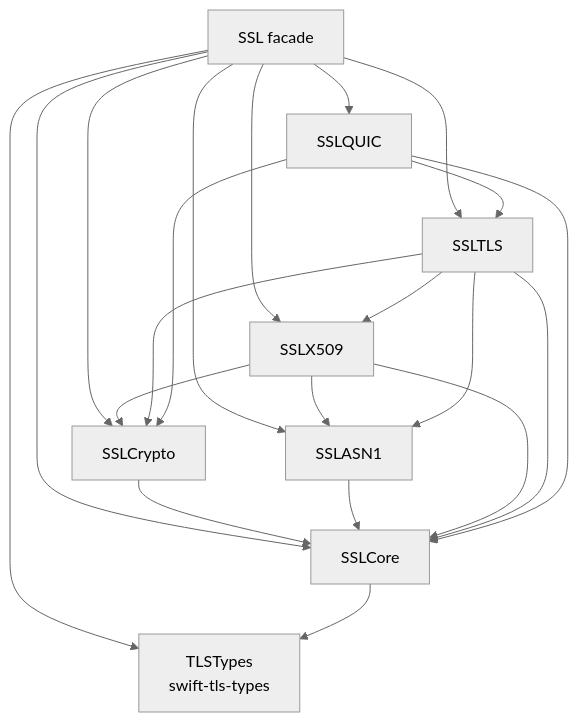
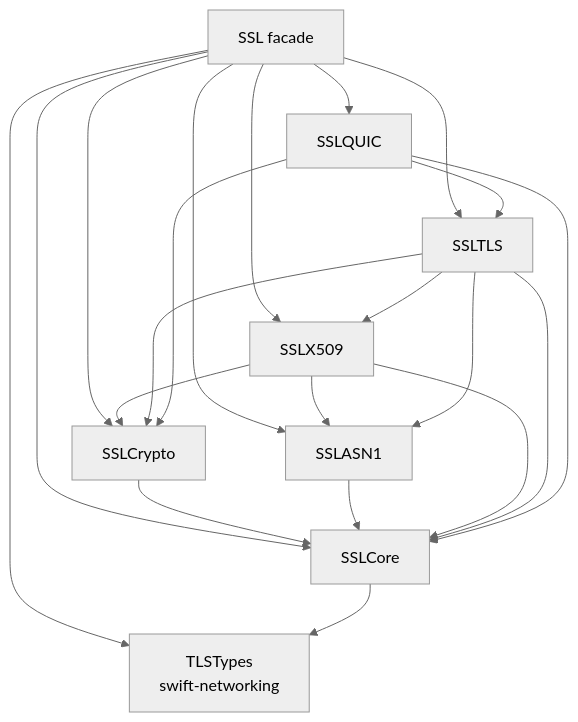
The diagram in docs/adr/0052-ssl-module-naming.md (1amageek/swift-ssl), drawn with Mermaid (neutral theme) before and after one commit. The commit also changed other lines of this file and 235 other files, not shown here.

````diff
--- a/docs/adr/0052-ssl-module-naming.md
+++ b/docs/adr/0052-ssl-module-naming.md
@@ -31,23 +31,23 @@
 ```mermaid
 flowchart TD
     Facade["SSL facade"] --> Core["SSLCore"]
-    Facade --> Types["TLSTypes\nswift-tls-types"]
+    Facade --> Types["TLSTypes\nswift-networking"]
     Facade --> Crypto["SSLCrypto"]
     Facade --> ASN1["SSLASN1"]
     Facade --> X509["SSLX509"]
     Facade --> TLS["SSLTLS"]
     Facade --> QUIC["SSLQUIC"]
     Crypto --> Core
     Core --> Types
     ASN1 --> Core
     X509 --> Core
     X509 --> Crypto
     X509 --> ASN1
     TLS --> Core
     TLS --> Crypto
     TLS --> ASN1
     TLS --> X509
     QUIC --> Core
     QUIC --> Crypto
     QUIC --> TLS
 ```
````
